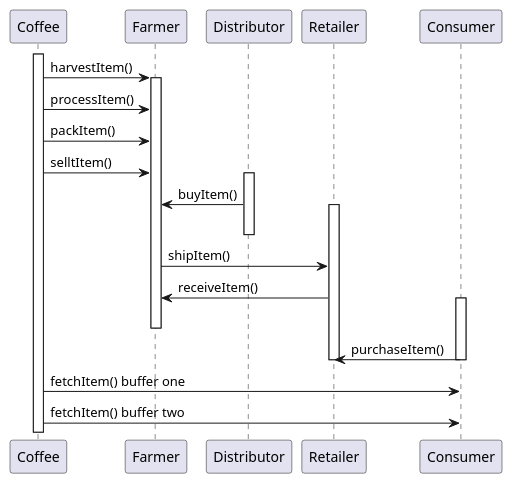
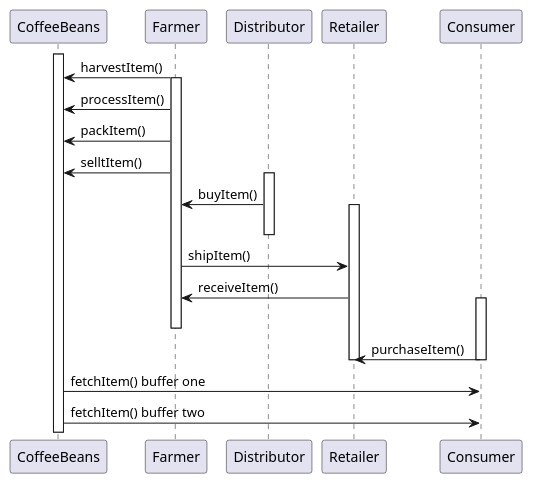
The second of 4 diagrams in README.md (StuKozola/Udacity-Supply-Chain-Dapp), drawn with PlantUML before and after one commit. The commit also changed other lines of this file and 2 other files, not shown here.

````diff
--- a/README.md
+++ b/README.md
@@ -144,31 +160,28 @@
 ```plantuml
 @startuml
-participant Coffee as b
+participant CoffeeBeans as b
 participant Farmer as f
 participant Distributor as d
 participant Retailer as r
 participant Consumer as c
 activate b
-b -> f: harvestItem()
+b <- f: harvestItem()
 activate f
-b -> f: processItem()
-b -> f: packItem()
-b -> f: selltItem()
+b <- f: processItem()
+b <- f: packItem()
+b <- f: selltItem()
 activate d
 d -> f: buyItem()
 activate r
 deactivate d
 f -> r: shipItem()
 r->f: receiveItem()
 activate c
 deactivate f
 c->r: purchaseItem()
 deactivate r
 deactivate c
 b->c: fetchItem() buffer one
 b->c: fetchItem() buffer two
-
-
-
 @enduml
 ```
````
